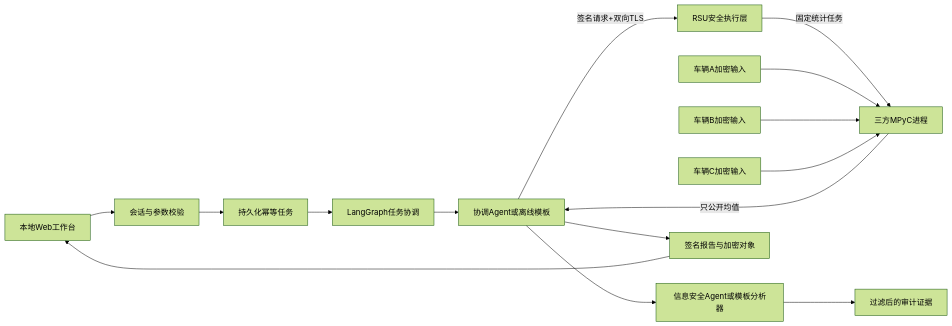
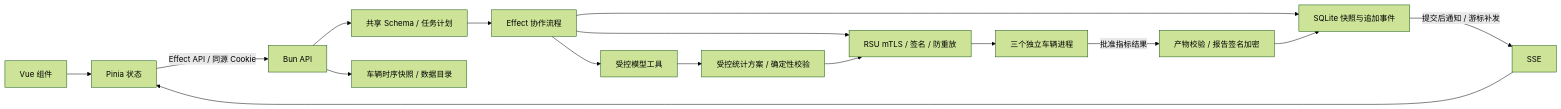
One commit to shutingchai5-ux/vectra-source-0.2.0 changed the diagram in docs/architecture.md. Above: the diagram before and after it, drawn with Mermaid (forest theme). The commit also changed other lines of this file and 133 other files, not shown here.

````diff
--- a/docs/architecture.md
+++ b/docs/architecture.md
@@ -5,17 +3,18 @@
 ```mermaid
 flowchart LR
-  UI[本地Web工作台] --> API[会话与参数校验]
-  API --> DB[持久化幂等任务]
-  DB --> LG[LangGraph任务协调]
-  LG --> C[协调Agent或离线模板]
-  C -->|签名请求+双向TLS| R[RSU安全执行层]
-  R -->|固定统计任务| P[三方MPyC进程]
-  A[车辆A加密输入] --> P
-  B[车辆B加密输入] --> P
-  D[车辆C加密输入] --> P
-  P -->|只公开均值| C
-  C --> S[信息安全Agent或模板分析器]
-  S --> E[过滤后的审计证据]
-  C --> O[签名报告与加密对象]
-  O --> UI
+  Vue[Vue 组件] --> State[Pinia 状态]
+  State -->|Effect API / 同源 Cookie| API[Bun API]
+  API --> Plan[共享 Schema / 任务计划]
+  Plan --> Flow[Effect 协作流程]
+  Flow --> Model[受控模型工具]
+  Flow --> RSU[RSU mTLS / 签名 / 防重放]
+  RSU --> MPC[三个独立车辆进程]
+  MPC -->|批准指标结果| Report[产物校验 / 报告签名加密]
+  API --> Data[车辆时序快照 / 数据目录]
+  Model --> DSL[受控统计方案 / 确定性校验]
+  DSL --> RSU
+  Flow --> DB[SQLite 快照与追加事件]
+  Report --> DB
+  DB -->|提交后通知 / 游标补发| SSE[SSE]
+  SSE --> State
 ```
````
